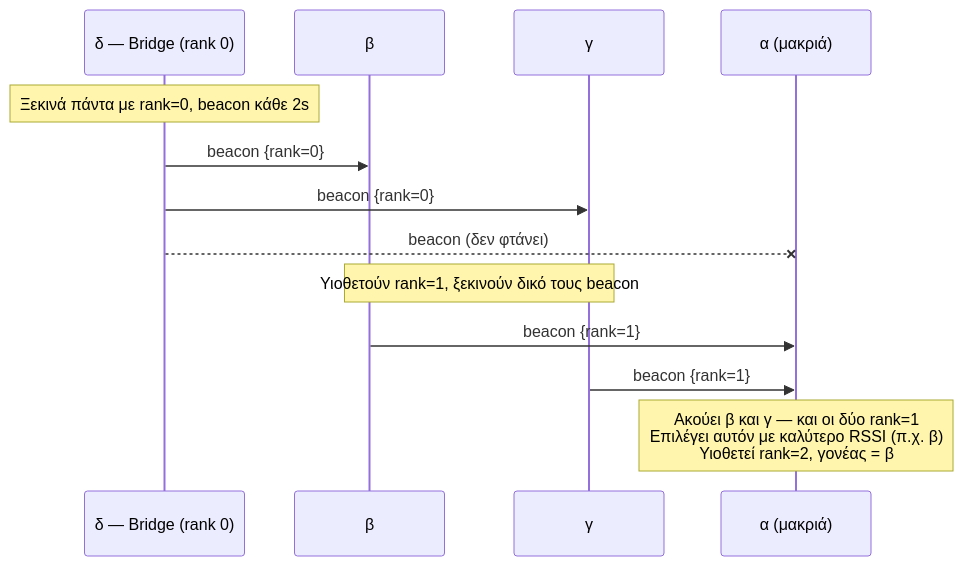
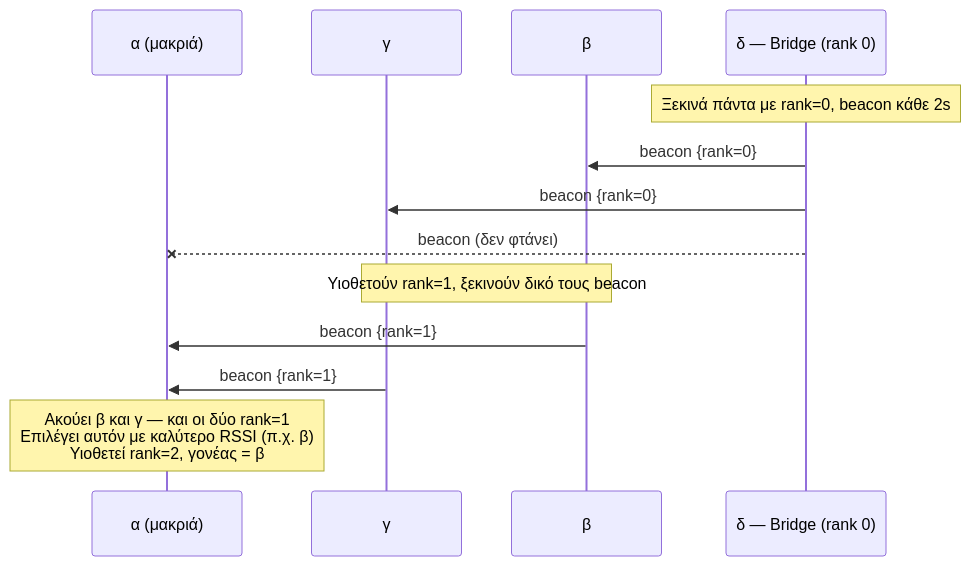
The second of 4 diagrams in docs/MESH_RELAY_EXPLAINED.md (vtsitotas/GreenHouse), drawn with Mermaid before and after one commit. The commit also changed other lines of this file, not shown here.

First line of the commit message:
fix: align bridge position in mesh beacon sequence diagram

````diff
--- a/docs/MESH_RELAY_EXPLAINED.md
+++ b/docs/MESH_RELAY_EXPLAINED.md
@@ -161,18 +161,18 @@
 ```mermaid
 sequenceDiagram
+    participant A as α (μακριά)
+    participant G as γ
+    participant B as β
     participant D as δ — Bridge (rank 0)
-    participant B as β
-    participant G as γ
-    participant A as α (μακριά)
 
     Note over D: Ξεκινά πάντα με rank=0, beacon κάθε 2s
     D->>B: beacon {rank=0}
     D->>G: beacon {rank=0}
     D--xA: beacon (δεν φτάνει)
 
     Note over B,G: Υιοθετούν rank=1, ξεκινούν δικό τους beacon
     B->>A: beacon {rank=1}
     G->>A: beacon {rank=1}
 
     Note over A: Ακούει β και γ — και οι δύο rank=1<br/>Επιλέγει αυτόν με καλύτερο RSSI (π.χ. β)<br/>Υιοθετεί rank=2, γονέας = β
 ```
````
